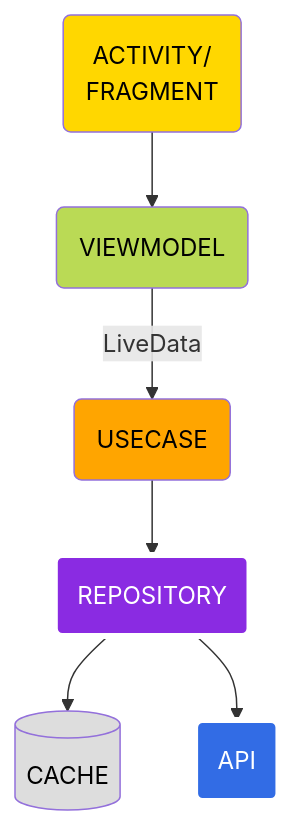
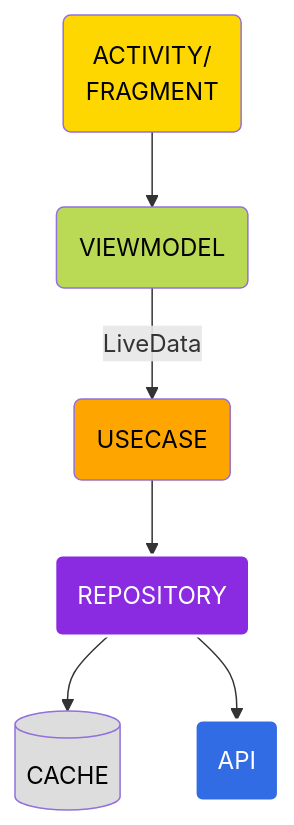
Before and after one commit to CaioCrevelaro/clean-architecture: the diagram in README.md, drawn with Mermaid.

````diff
--- a/README.md
+++ b/README.md
@@ -32,23 +32,23 @@
 ```mermaid
 graph TD
 
 classDef orange fill:#FFA500, color:#000000;
 classDef yellow fill:#FFD700,color:#000000;
 classDef green fill:#BADA55,color:#000000;
-classDef purple fill:#8A2BE2,stroke:#FFF,stroke-width:4px,color:#FFF;
-classDef blue fill:#326CE5,stroke:#FFF,stroke-width:4px,color:#FFF;
+classDef purple fill:#8A2BE2,stroke:#FFF,stroke-width:2px,color:#FFF;
+classDef blue fill:#326CE5,stroke:#FFF,stroke-width:2px,color:#FFF;
 classDef gray fill:#DDDDDD,color:#000000;
 
 a11(ACTIVITY/<br>FRAGMENT):::yellow;
 a21(VIEWMODEL):::green;
 a31(USECASE):::orange;
 a41(REPOSITORY):::purple;
 a51[(CACHE)]:::gray;
 a52(API):::blue;
 
 
 a11 --> a21 --> |LiveData| a31 --> a41;
 a41 --> a51;
 a41 --> a52;
 
 ```
````
